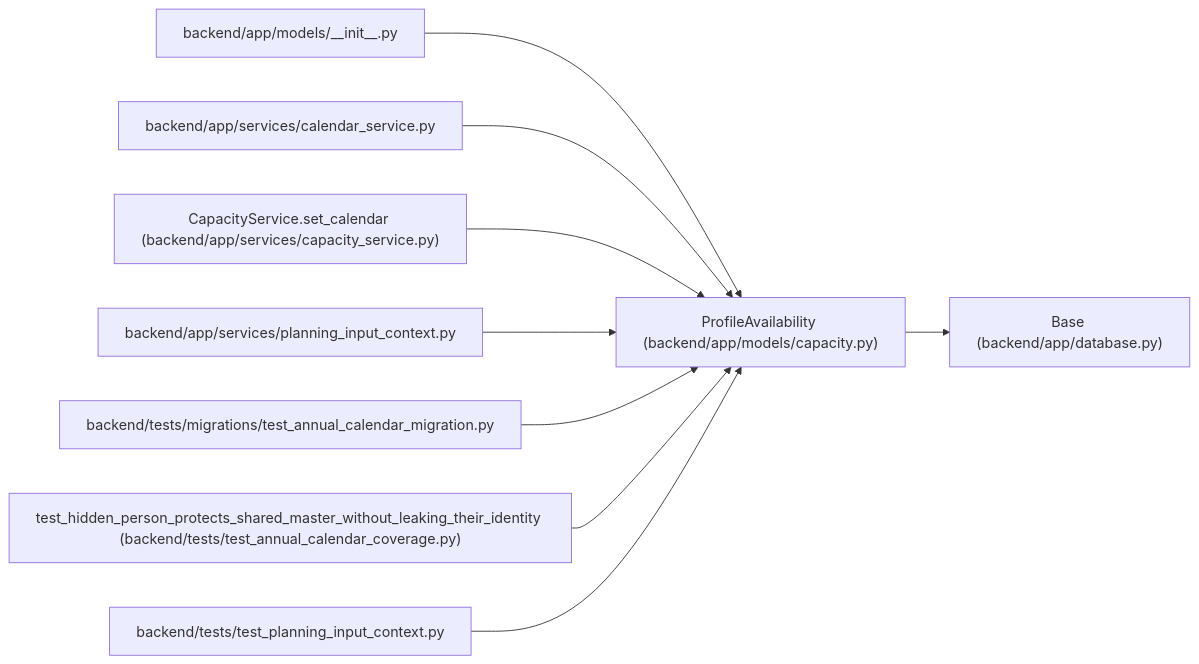
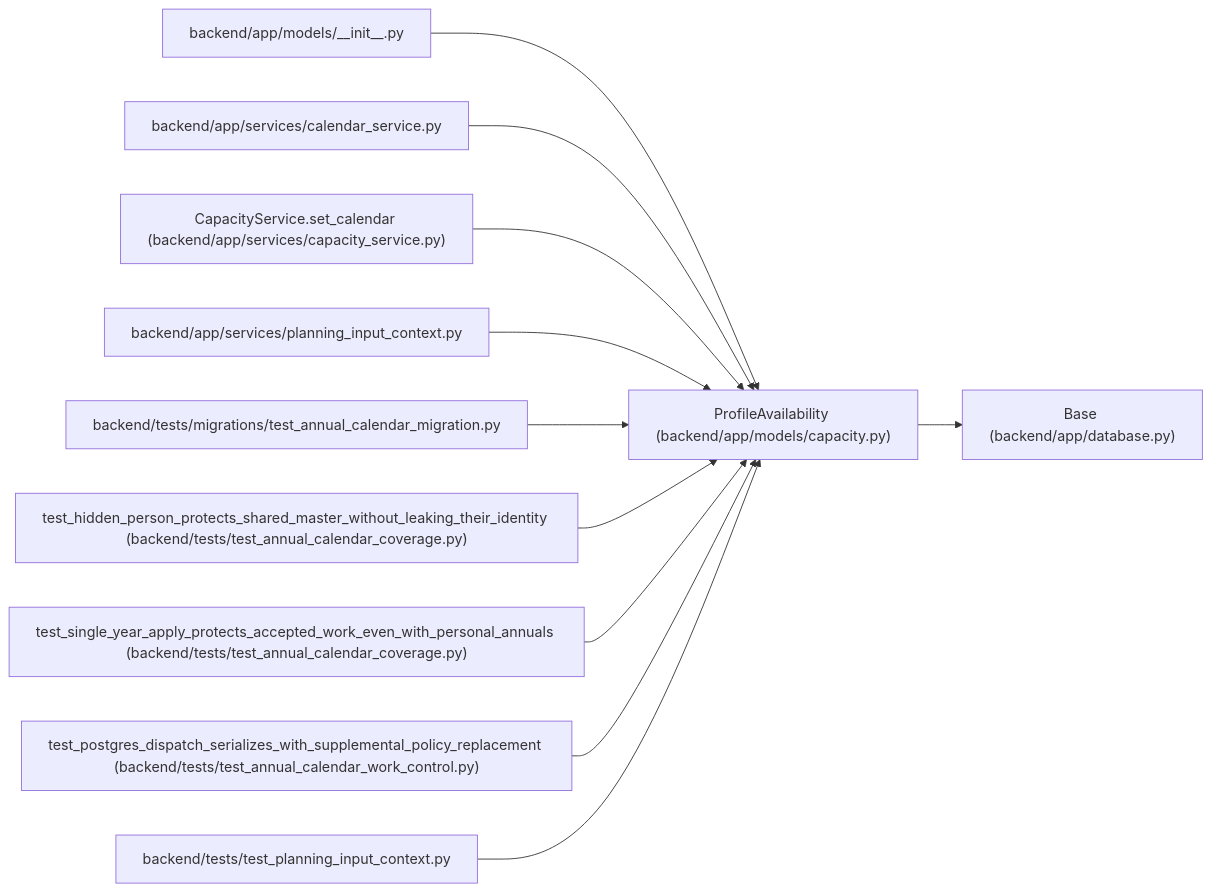
The diagram in docs/llm_wiki/entities/ProfileAvailability.md (Denissvgn/WorkChord), drawn with Mermaid before and after one commit. The commit also changed other lines of this file and 557 other files, not shown here.

````diff
--- a/docs/llm_wiki/entities/ProfileAvailability.md
+++ b/docs/llm_wiki/entities/ProfileAvailability.md
@@ -30,29 +30,35 @@
 ```mermaid
 flowchart LR
     n0["ProfileAvailability (backend/app/models/capacity.py)"]
     n1["Base (backend/app/database.py)"]
     n2["backend/app/models/__init__.py"]
     n3["backend/app/services/calendar_service.py"]
     n4["CapacityService.set_calendar (backend/app/services/capacity_service.py)"]
     n5["backend/app/services/planning_input_context.py"]
     n6["backend/tests/migrations/test_annual_calendar_migration.py"]
     n7["test_hidden_person_protects_shared_master_without_leaking_their_identity (backend/tests/test_annual_calendar_coverage.py)"]
-    n8["backend/tests/test_planning_input_context.py"]
+    n8["test_single_year_apply_protects_accepted_work_even_with_personal_annuals (backend/tests/test_annual_calendar_coverage.py)"]
+    n9["test_postgres_dispatch_serializes_with_supplemental_policy_replacement (backend/tests/test_annual_calendar_work_control.py)"]
+    n10["backend/tests/test_planning_input_context.py"]
     n0 --> n1
     n2 --> n0
     n3 --> n0
     n4 --> n0
     n5 --> n0
     n6 --> n0
     n7 --> n0
     n8 --> n0
+    n9 --> n0
+    n10 --> n0
     click n0 "../modules/models_capacity.md"
     click n1 "../modules/app_database.md"
     click n2 "../modules/models___init__.md"
     click n3 "../modules/calendar_service.md"
     click n4 "../modules/capacity_service.md"
     click n5 "../modules/planning_input_context.md"
     click n6 "../modules/test_annual_calendar_migration.md"
     click n7 "../modules/test_annual_calendar_coverage.md"
-    click n8 "../modules/test_planning_input_context.md"
+    click n8 "../modules/test_annual_calendar_coverage.md"
+    click n9 "../modules/test_annual_calendar_work_control.md"
+    click n10 "../modules/test_planning_input_context.md"
 ```
````
